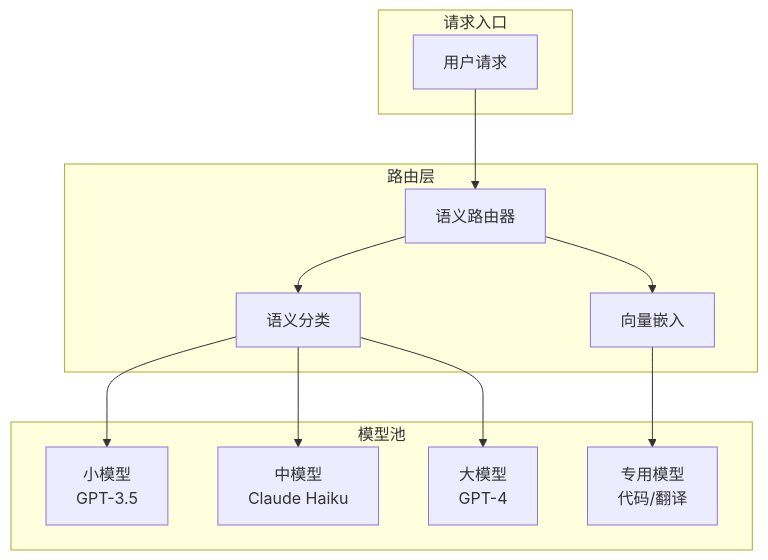
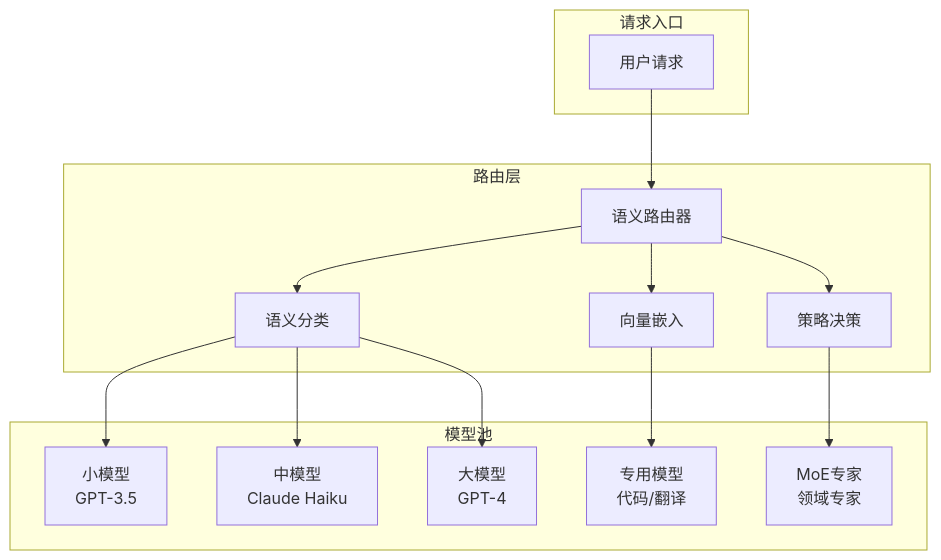
One commit to Xunzhuo/mini-sglang changed the first of 2 diagrams in learning/website/docs/basics/24-semantic-routing.md. Above: the diagram before and after it, drawn with Mermaid. The commit also changed other lines of this file and 23 other files, not shown here.

````diff
--- a/learning/website/docs/basics/24-semantic-routing.md
+++ b/learning/website/docs/basics/24-semantic-routing.md
@@ -56,25 +51,28 @@
 ```mermaid
 graph TB
     subgraph 请求入口
         User[用户请求]
     end
     
     subgraph 路由层
         Router[语义路由器]
         Router --> Classify[语义分类]
         Router --> Embed[向量嵌入]
+        Router --> Policy[策略决策]
     end
     
     subgraph 模型池
         M1[小模型<br>GPT-3.5]
         M2[中模型<br>Claude Haiku]
         M3[大模型<br>GPT-4]
         M4[专用模型<br>代码/翻译]
+        M5[MoE专家<br>领域专家]
     end
     
     User --> Router
     Classify --> M1
     Classify --> M2
     Classify --> M3
     Embed --> M4
+    Policy --> M5
 ```
````
